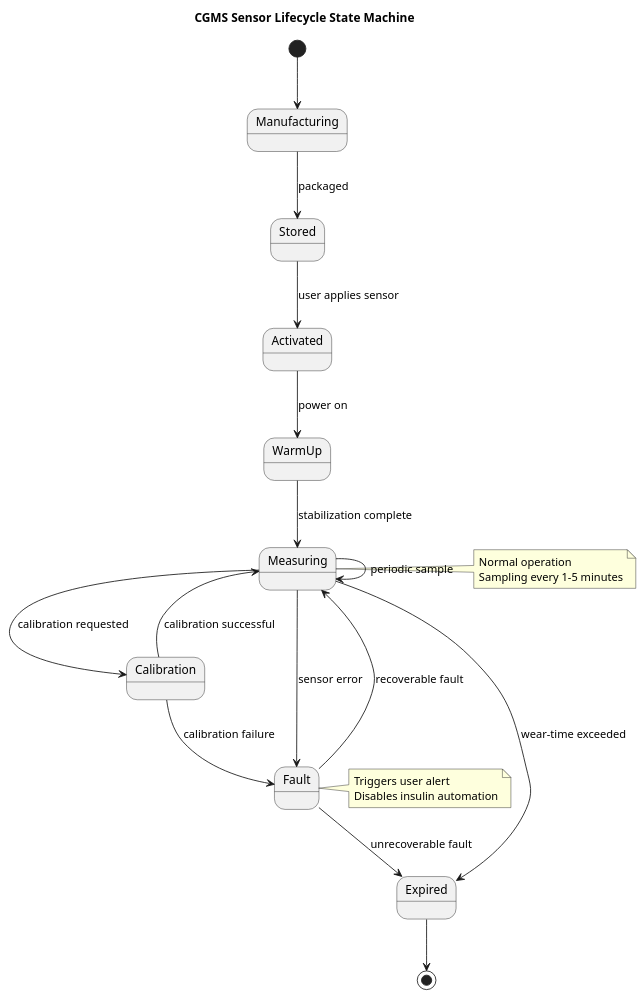
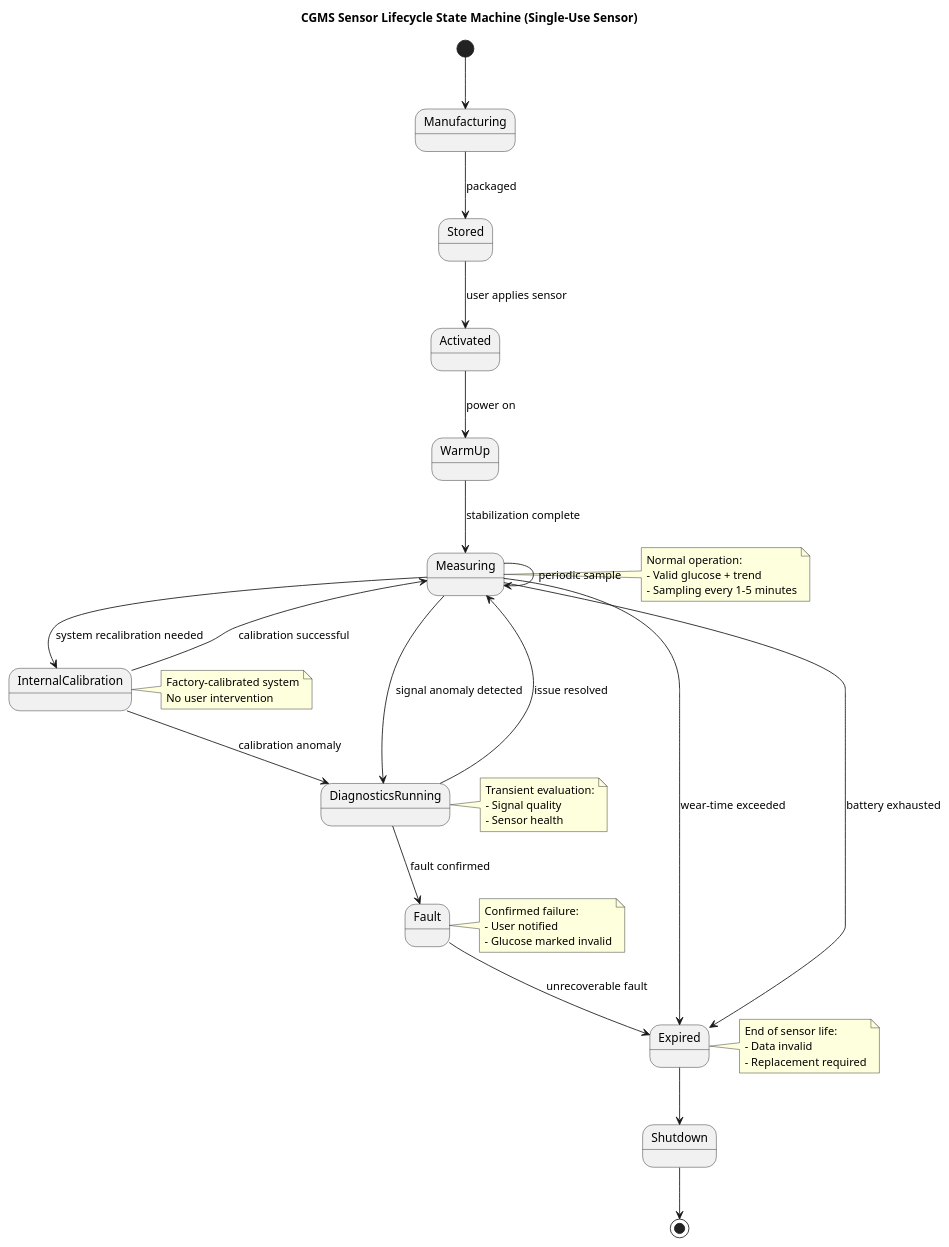
The diagram in documents/diagrams/uml/cgms_sensor_state.puml (spothana/cgms), drawn with PlantUML before and after one commit. The commit also changed 23 other files, not shown here.

Commit message:
update the design diagrams to reflect one time usage of CGM devices and add diagnostic telemetry

```diff
--- a/documents/diagrams/uml/cgms_sensor_state.puml
+++ b/documents/diagrams/uml/cgms_sensor_state.puml
@@ -1,35 +1,60 @@
 @startuml cgms_sensor_state
-title CGMS Sensor Lifecycle State Machine
+title CGMS Sensor Lifecycle State Machine (Single-Use Sensor)
 
 [*] --> Manufacturing
 
 Manufacturing --> Stored : packaged
 Stored --> Activated : user applies sensor
 Activated --> WarmUp : power on
 
 WarmUp --> Measuring : stabilization complete
+
 Measuring --> Measuring : periodic sample
 
-Measuring --> Calibration : calibration requested
-Calibration --> Measuring : calibration successful
+Measuring --> InternalCalibration : system recalibration needed
+InternalCalibration --> Measuring : calibration successful
+InternalCalibration --> DiagnosticsRunning : calibration anomaly
 
-Measuring --> Fault : sensor error
-Calibration --> Fault : calibration failure
+Measuring --> DiagnosticsRunning : signal anomaly detected
 
-Fault --> Measuring : recoverable fault
+DiagnosticsRunning --> Measuring : issue resolved
+DiagnosticsRunning --> Fault : fault confirmed
+
 Fault --> Expired : unrecoverable fault
 
 Measuring --> Expired : wear-time exceeded
-Expired --> [*]
+Measuring --> Expired : battery exhausted
+
+Expired --> Shutdown
+Shutdown --> [*]
 
 note right of Measuring
-Normal operation
-Sampling every 1–5 minutes
+Normal operation:
+- Valid glucose + trend
+- Sampling every 1–5 minutes
+end note
+
+note right of InternalCalibration
+Factory-calibrated system
+No user intervention
+end note
+
+note right of DiagnosticsRunning
+Transient evaluation:
+- Signal quality
+- Sensor health
 end note
 
 note right of Fault
-Triggers user alert
-Disables insulin automation
+Confirmed failure:
+- User notified
+- Glucose marked invalid
+end note
+
+note right of Expired
+End of sensor life:
+- Data invalid
+- Replacement required
 end note
 
 @enduml
```
